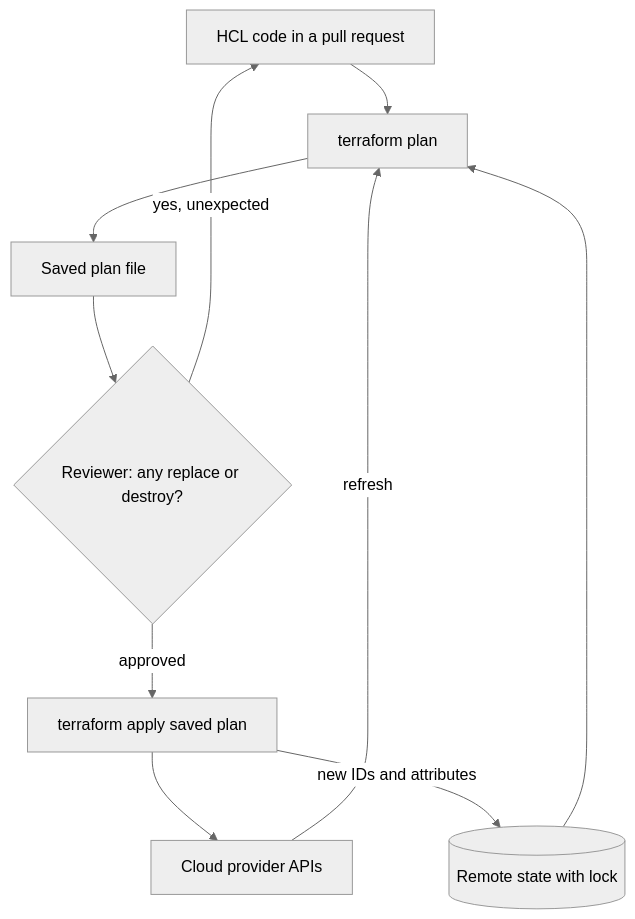
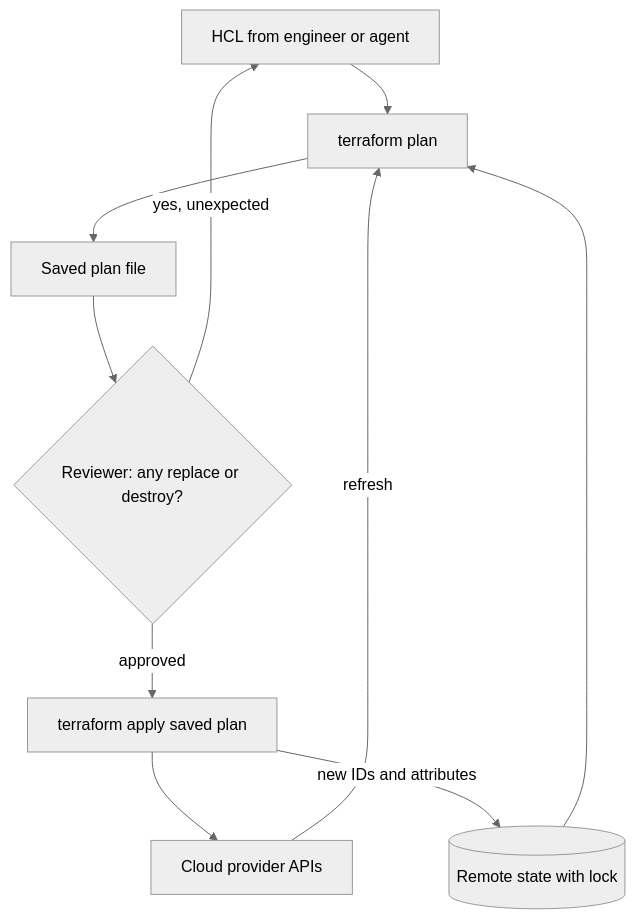
Before and after one commit to lovishmahajan97/agentic-learning: the diagram in content/deployment/terraform.md, drawn with Mermaid (neutral theme). The commit also changed other lines of this file and 454 other files, not shown here.

````diff
--- a/content/deployment/terraform.md
+++ b/content/deployment/terraform.md
@@ -131,12 +157,12 @@
 ```mermaid
 flowchart TD
-    C["HCL code in a pull request"] --> P["terraform plan"]
+    C["HCL from engineer or agent"] --> P["terraform plan"]
     S[("Remote state with lock")] --> P
     API["Cloud provider APIs"] -->|"refresh"| P
     P --> F["Saved plan file"]
     F --> R{"Reviewer: any replace or destroy?"}
     R -->|"yes, unexpected"| C
     R -->|"approved"| A["terraform apply saved plan"]
     A --> API
     A -->|"new IDs and attributes"| S
 ```
````
